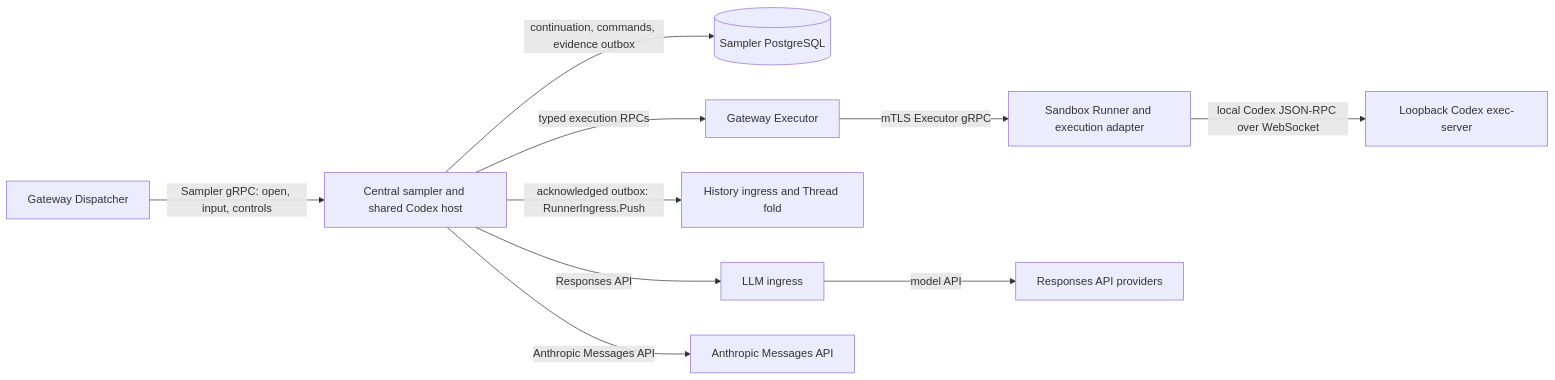
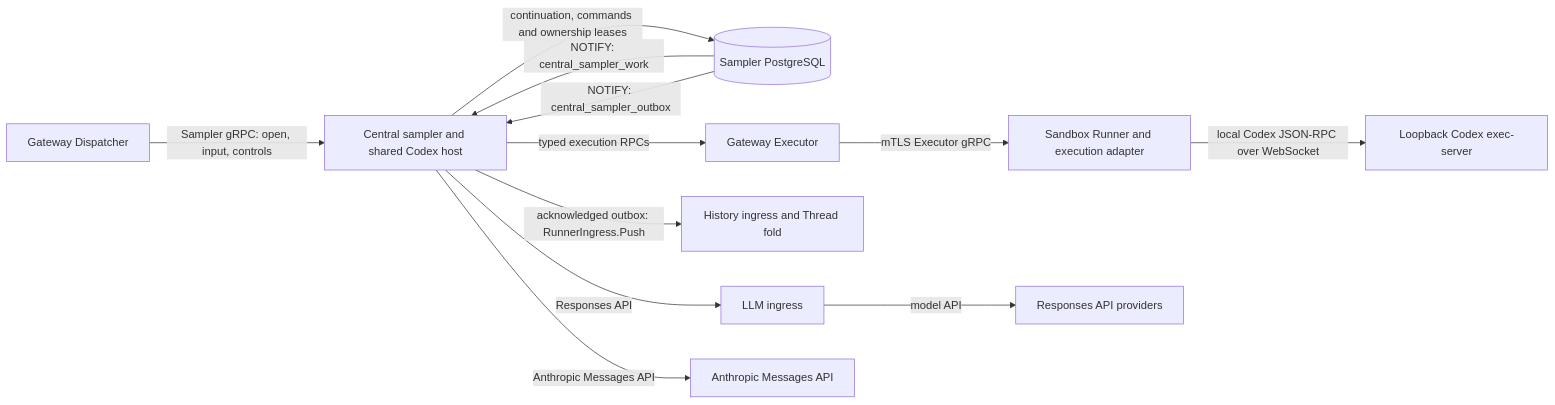
The second of 9 diagrams in agentplane/docs/system_overview.md (agentydragon/ducktape), drawn with Mermaid before and after one commit. The commit also changed other lines of this file and 9 other files, not shown here.

Commit message:
Retain sampler Session ownership across idle turns and route work through PostgreSQL

````diff
--- a/agentplane/docs/system_overview.md
+++ b/agentplane/docs/system_overview.md
@@ -35,21 +35,23 @@
 ```mermaid
 flowchart LR
     dispatcher[Gateway Dispatcher]
     sampler[Central sampler and shared Codex host]
     db[(Sampler PostgreSQL)]
     gateway[Gateway Executor]
     runner[Sandbox Runner and execution adapter]
     executor[Loopback Codex exec-server]
     history[History ingress and Thread fold]
     llm[LLM ingress]
     responses[Responses API providers]
     anthropic[Anthropic Messages API]
     dispatcher -->|Sampler gRPC: open, input, controls| sampler
-    sampler -->|continuation, commands, evidence outbox| db
+    sampler -->|continuation, commands and ownership leases| db
+    db -->|NOTIFY: central_sampler_work| sampler
+    db -->|NOTIFY: central_sampler_outbox| sampler
     sampler -->|typed execution RPCs| gateway
     gateway -->|mTLS Executor gRPC| runner
     runner -->|local Codex JSON-RPC over WebSocket| executor
     sampler -->|acknowledged outbox: RunnerIngress.Push| history
     sampler -->|Responses API| llm -->|model API| responses
     sampler -->|Anthropic Messages API| anthropic
 ```
````
